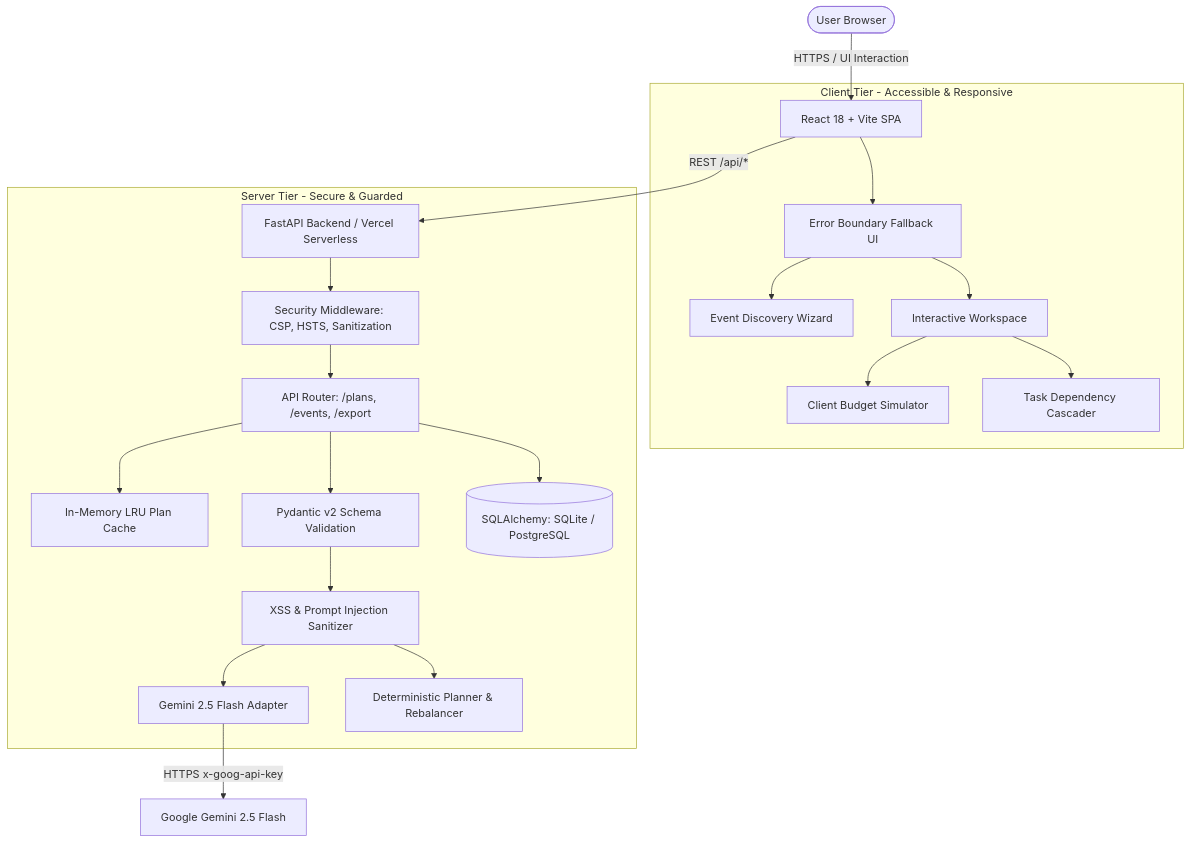
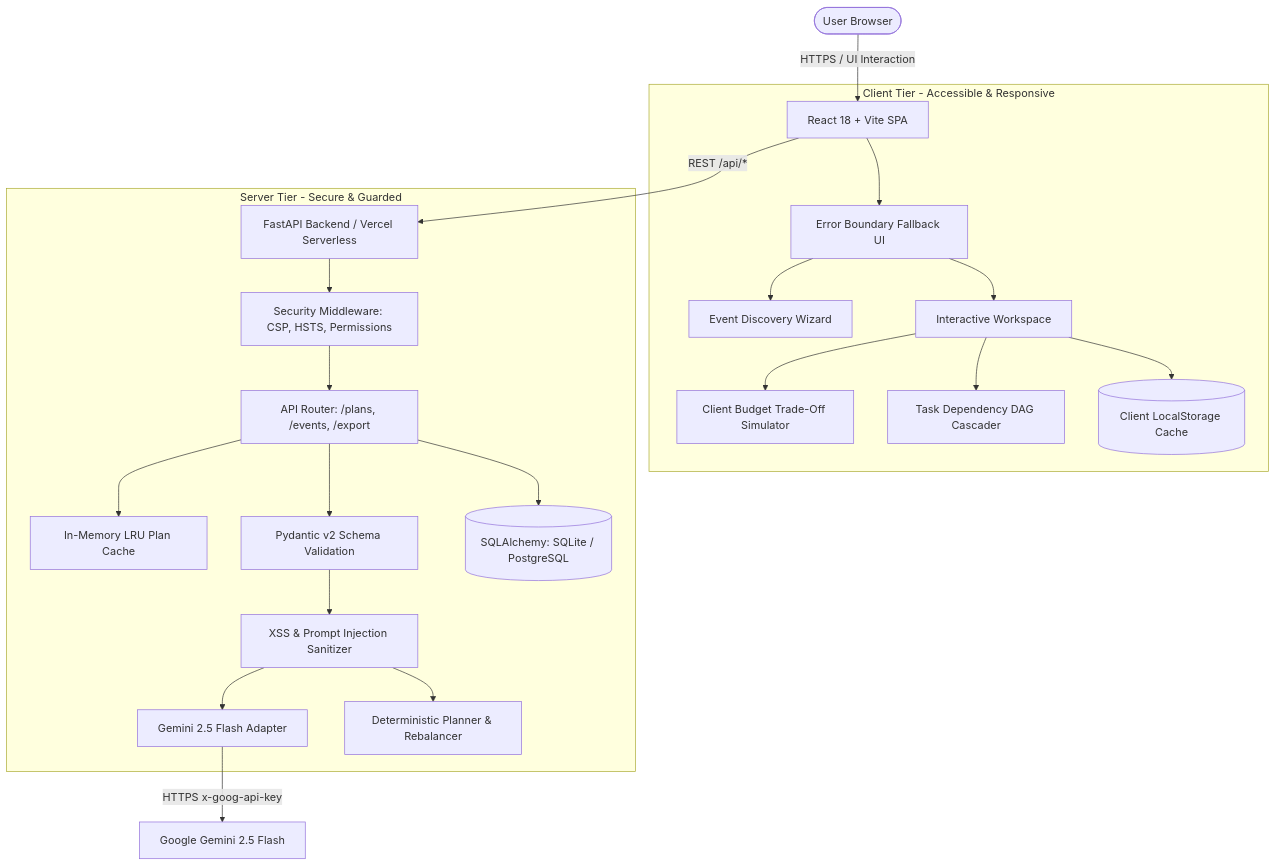
One commit to CHAITANYA-KHANKE/Celebr-AI changed the diagram in README.md. Above: the diagram before and after it, drawn with Mermaid. The commit also changed other lines of this file and 17 other files, not shown here.

````diff
--- a/README.md
+++ b/README.md
@@ -28,27 +39,28 @@
 ```mermaid
 graph TD
     User([User Browser]) -->|HTTPS / UI Interaction| ReactApp[React 18 + Vite SPA]
     
     subgraph Frontend [Client Tier - Accessible & Responsive]
         ReactApp --> ErrorBoundary[Error Boundary Fallback UI]
         ErrorBoundary --> Wizard[Event Discovery Wizard]
         ErrorBoundary --> Workspace[Interactive Workspace]
-        Workspace --> BudgetEngine[Client Budget Simulator]
-        Workspace --> TimelineEngine[Task Dependency Cascader]
+        Workspace --> BudgetEngine[Client Budget Trade-Off Simulator]
+        Workspace --> TimelineEngine[Task Dependency DAG Cascader]
+        Workspace --> LocalStorage[(Client LocalStorage Cache)]
     end
 
     ReactApp -->|REST /api/*| APITier[FastAPI Backend / Vercel Serverless]
     
     subgraph Backend [Server Tier - Secure & Guarded]
-        APITier --> SecHeaders[Security Middleware: CSP, HSTS, Sanitization]
+        APITier --> SecHeaders[Security Middleware: CSP, HSTS, Permissions]
         SecHeaders --> Router[API Router: /plans, /events, /export]
         Router --> Cache[In-Memory LRU Plan Cache]
         Router --> Validator[Pydantic v2 Schema Validation]
         Validator --> Sanitizer[XSS & Prompt Injection Sanitizer]
         Sanitizer --> AIProvider[Gemini 2.5 Flash Adapter]
         Sanitizer --> MathEngine[Deterministic Planner & Rebalancer]
         Router --> DB[(SQLAlchemy: SQLite / PostgreSQL)]
     end
 
     AIProvider -->|HTTPS x-goog-api-key| GoogleAI[Google Gemini 2.5 Flash]
 ```
````
